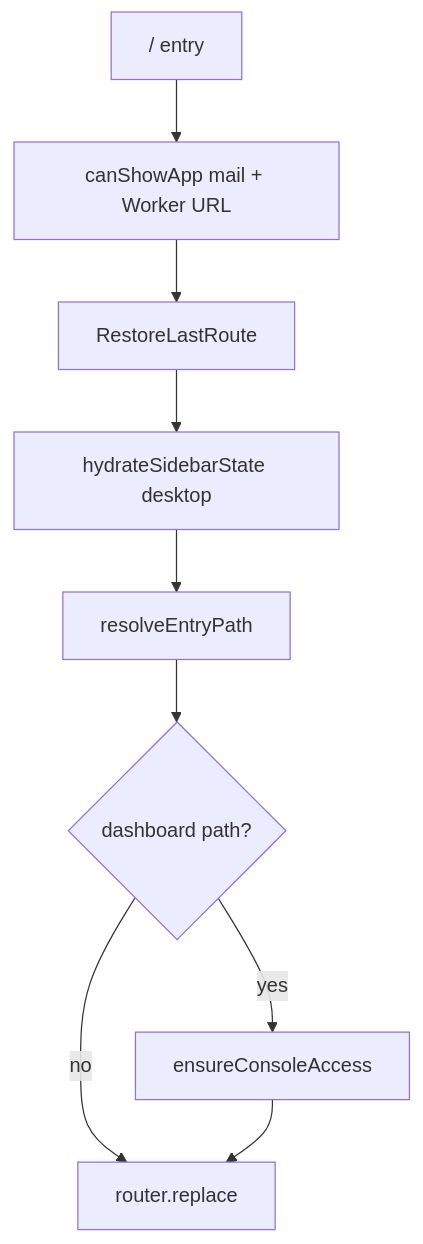
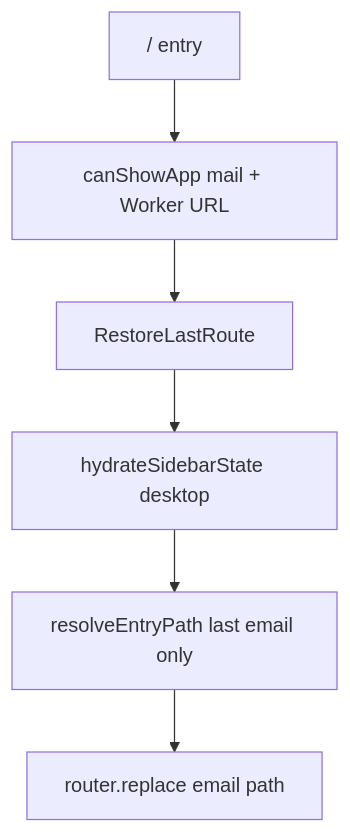
The diagram in docs/last-route-restore.md (gssisaac/relaybase), drawn with Mermaid before and after one commit. The commit also changed other lines of this file and 11 other files, not shown here.

First line of the commit message:
Keep mailbox entry offline and still open the dashboard after Touch ID.

````diff
--- a/docs/last-route-restore.md
+++ b/docs/last-route-restore.md
@@ -86,11 +86,8 @@
 ```mermaid
 flowchart TD
   entry["/ entry"] --> ready["canShowApp mail + Worker URL"]
   ready --> restore["RestoreLastRoute"]
   restore --> hydrate["hydrateSidebarState desktop"]
-  hydrate --> resolve["resolveEntryPath"]
-  resolve --> dash{dashboard path?}
-  dash -->|yes| gate["ensureConsoleAccess"]
-  dash -->|no| navigate["router.replace"]
-  gate --> navigate
+  hydrate --> resolve["resolveEntryPath last email only"]
+  resolve --> navigate["router.replace email path"]
 ```
````
